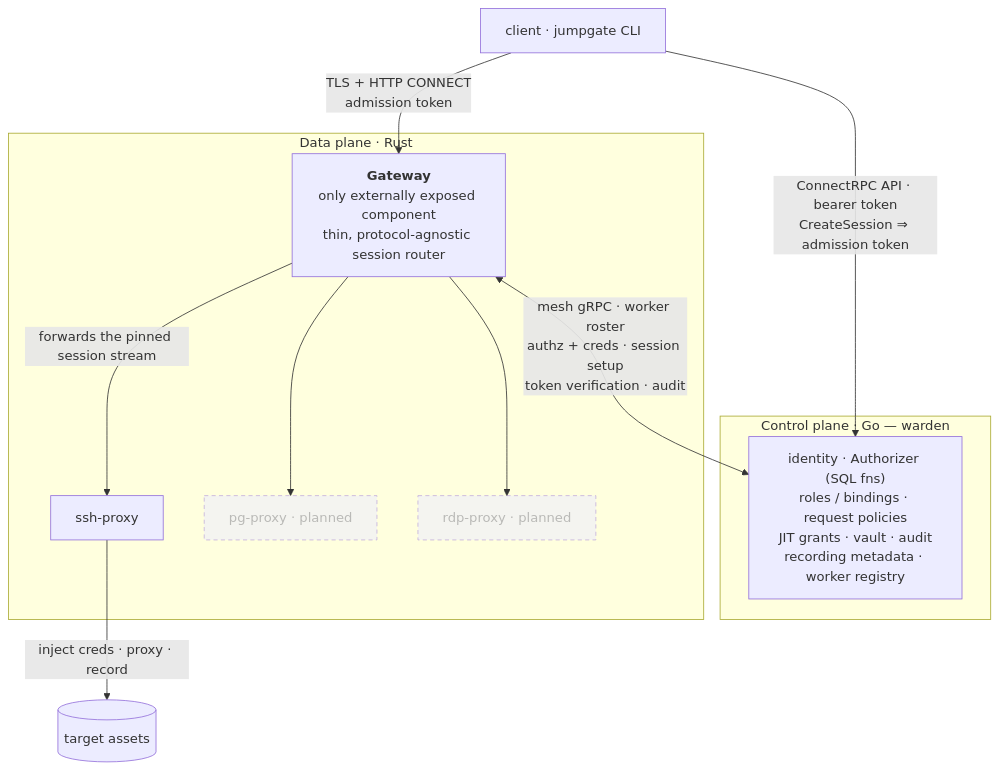
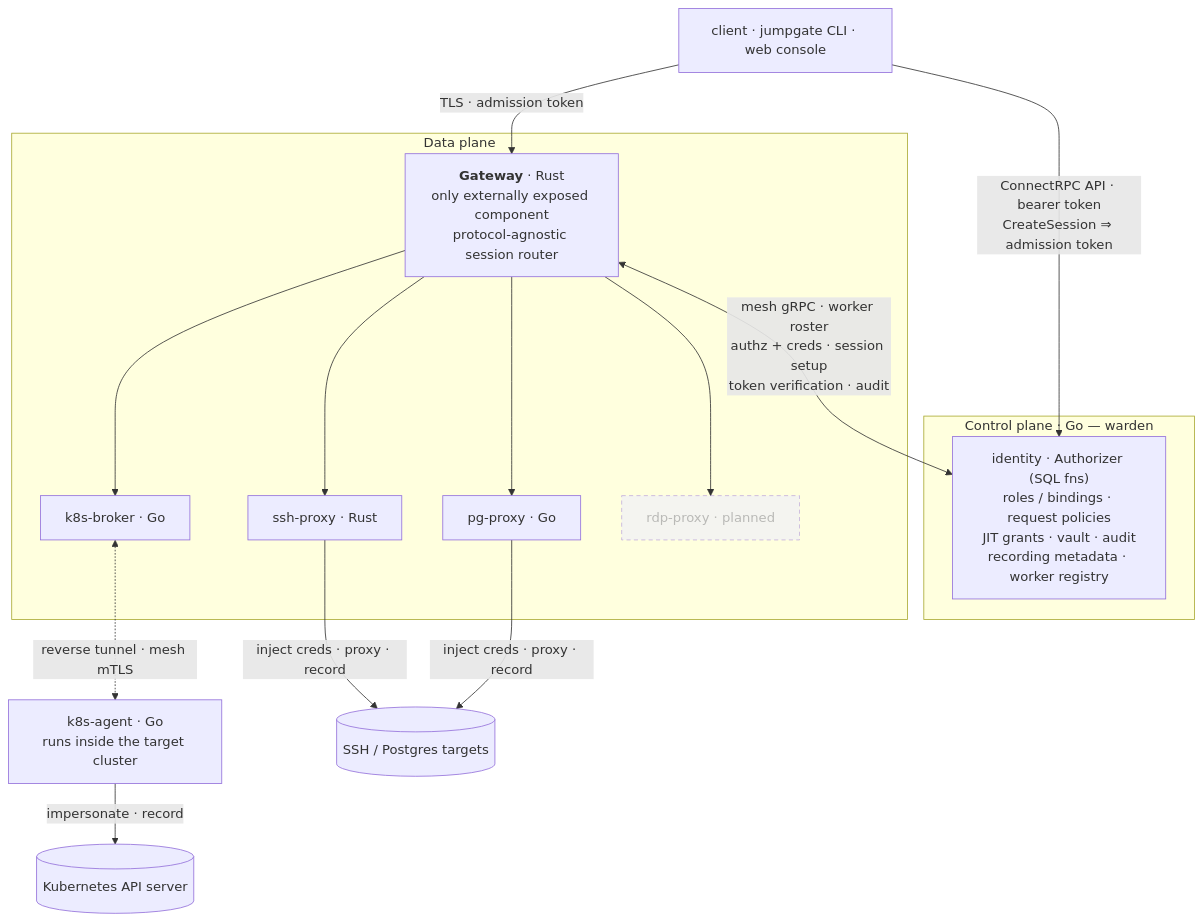
Before and after one commit to trevex/jumpgate: the diagram in docs/architecture.md, drawn with Mermaid. The commit also changed other lines of this file and 10 other files, not shown here.

First line of the commit message:
docs: describe SSH + Postgres + Kubernetes access and the web console

````diff
--- a/docs/architecture.md
+++ b/docs/architecture.md
@@ -16,28 +17,35 @@
 ```mermaid
 flowchart TB
-    client["client · jumpgate CLI"]
+    client["client · jumpgate CLI · web console"]
 
     subgraph cp["Control plane · Go — warden"]
         cpbody["identity · Authorizer (SQL fns)<br>roles / bindings · request policies<br>JIT grants · vault · audit<br>recording metadata · worker registry"]
     end
 
-    subgraph dp["Data plane · Rust"]
-        gw["<b>Gateway</b><br>only externally exposed component<br>thin, protocol-agnostic session router"]
-        ssh["ssh-proxy"]
-        pg["pg-proxy · planned"]
+    subgraph dp["Data plane"]
+        gw["<b>Gateway</b> · Rust<br>only externally exposed component<br>protocol-agnostic session router"]
+        ssh["ssh-proxy · Rust"]
+        pg["pg-proxy · Go"]
+        brk["k8s-broker · Go"]
         rdp["rdp-proxy · planned"]
     end
 
-    targets[("target assets")]
+    agent["k8s-agent · Go<br>runs inside the target cluster"]
+    targets[("SSH / Postgres targets")]
+    kube[("Kubernetes API server")]
 
     client -->|"ConnectRPC API · bearer token<br>CreateSession ⇒ admission token"| cpbody
-    client -->|"TLS + HTTP CONNECT<br>admission token"| gw
+    client -->|"TLS · admission token"| gw
     gw <-->|"mesh gRPC · worker roster<br>authz + creds · session setup<br>token verification · audit"| cpbody
-    gw -->|"forwards the pinned session stream"| ssh
+    gw --> ssh
     gw --> pg
+    gw --> brk
     gw --> rdp
     ssh -->|"inject creds · proxy · record"| targets
+    pg -->|"inject creds · proxy · record"| targets
+    brk <-.->|"reverse tunnel · mesh mTLS"| agent
+    agent -->|"impersonate · record"| kube
 
     classDef planned stroke-dasharray:5 4,opacity:0.55;
-    class pg,rdp planned;
+    class rdp planned;
 ```
````
